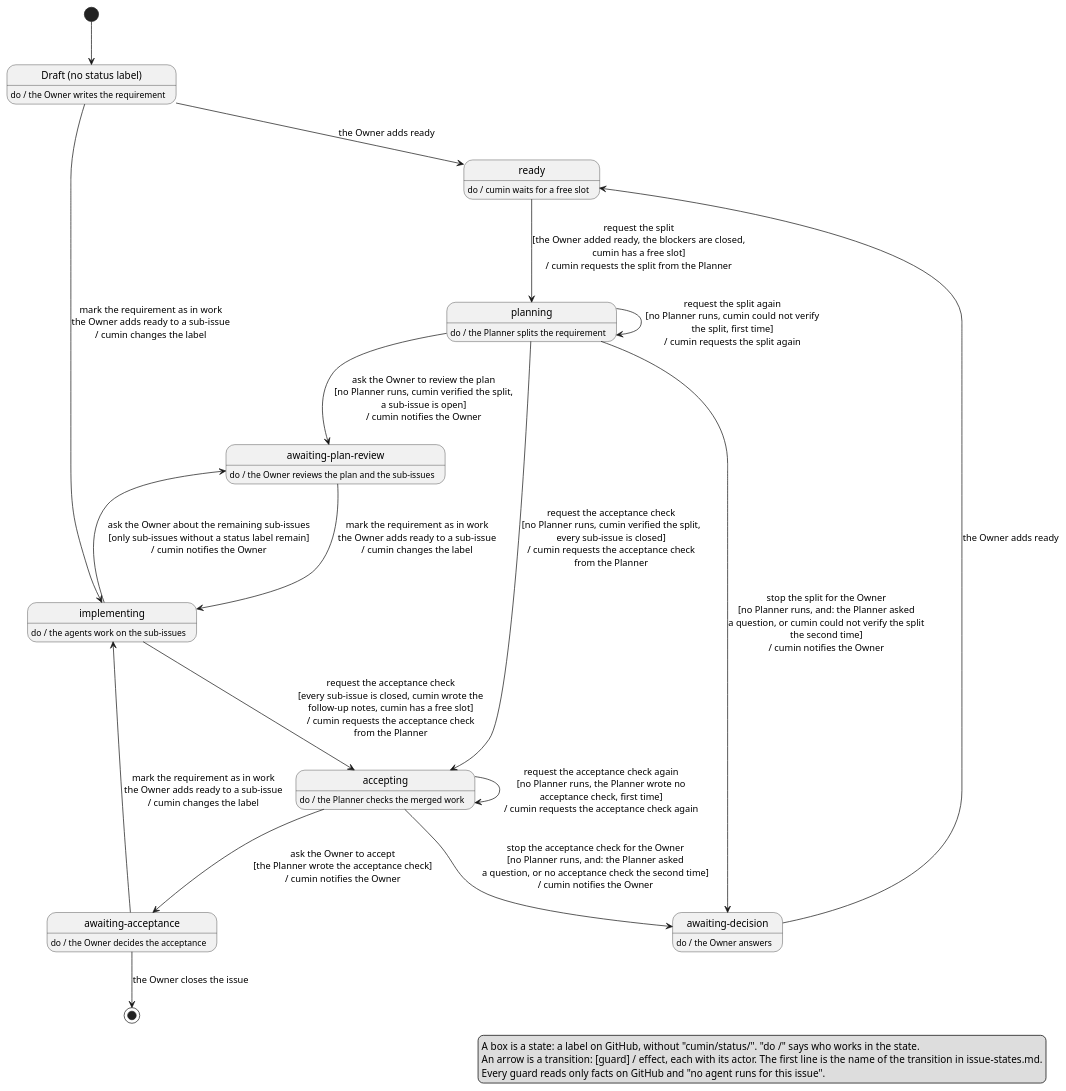
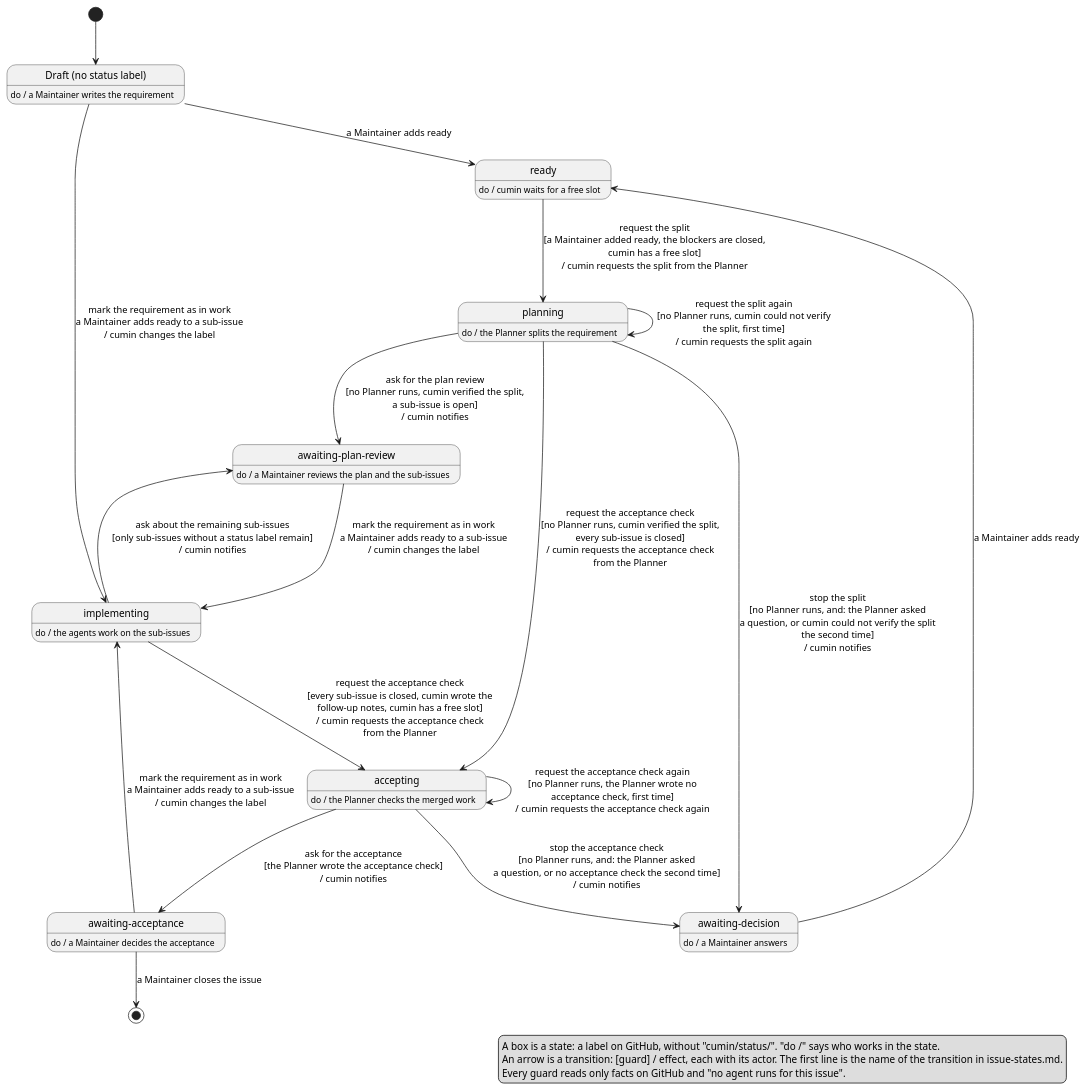
Before and after one commit to cloveclovedev/cumin-works: the diagram in docs/ja/requirements/workflow/requirement-issue-states.puml, drawn with PlantUML. The commit also changed 10 other files, not shown here.

```diff
--- a/docs/ja/requirements/workflow/requirement-issue-states.puml
+++ b/docs/ja/requirements/workflow/requirement-issue-states.puml
@@ -1,57 +1,57 @@
 @startuml requirement-issue-states
 ' cumin works - states of a requirement issue.
 ' A state is a label on GitHub, written without "cumin/status/". "do /" says who works in the state.
 ' A transition is written: [guard] / effect, with the name of the transition in front.
 ' Every guard and effect names who acts. Render: run scripts/render-diagrams.sh at the root of the repository.
 
 hide empty description
 
 state "Draft (no status label)" as Draft
-Draft : do / the Owner writes the requirement
+Draft : do / a Maintainer writes the requirement
 
 state "ready" as Ready
 Ready : do / cumin waits for a free slot
 
 state "planning" as Planning
 Planning : do / the Planner splits the requirement
 
 state "awaiting-plan-review" as PlanReview
-PlanReview : do / the Owner reviews the plan and the sub-issues
+PlanReview : do / a Maintainer reviews the plan and the sub-issues
 
 state "implementing" as Implementing
 Implementing : do / the agents work on the sub-issues
 
 state "accepting" as Accepting
 Accepting : do / the Planner checks the merged work
 
 state "awaiting-acceptance" as Acceptance
-Acceptance : do / the Owner decides the acceptance
+Acceptance : do / a Maintainer decides the acceptance
 
 state "awaiting-decision" as Decision
-Decision : do / the Owner answers
+Decision : do / a Maintainer answers
 
 [*] --> Draft
-Draft --> Ready : the Owner adds ready
-Draft --> Implementing : mark the requirement as in work\nthe Owner adds ready to a sub-issue\n/ cumin changes the label
-Ready --> Planning : request the split\n[the Owner added ready, the blockers are closed,\ncumin has a free slot]\n/ cumin requests the split from the Planner
-Planning --> PlanReview : ask the Owner to review the plan\n[no Planner runs, cumin verified the split,\na sub-issue is open]\n/ cumin notifies the Owner
+Draft --> Ready : a Maintainer adds ready
+Draft --> Implementing : mark the requirement as in work\na Maintainer adds ready to a sub-issue\n/ cumin changes the label
+Ready --> Planning : request the split\n[a Maintainer added ready, the blockers are closed,\ncumin has a free slot]\n/ cumin requests the split from the Planner
+Planning --> PlanReview : ask for the plan review\n[no Planner runs, cumin verified the split,\na sub-issue is open]\n/ cumin notifies
 Planning --> Accepting : request the acceptance check\n[no Planner runs, cumin verified the split,\nevery sub-issue is closed]\n/ cumin requests the acceptance check\nfrom the Planner
 Planning --> Planning : request the split again\n[no Planner runs, cumin could not verify\nthe split, first time]\n/ cumin requests the split again
-Planning --> Decision : stop the split for the Owner\n[no Planner runs, and: the Planner asked\na question, or cumin could not verify the split\nthe second time]\n/ cumin notifies the Owner
-PlanReview --> Implementing : mark the requirement as in work\nthe Owner adds ready to a sub-issue\n/ cumin changes the label
+Planning --> Decision : stop the split\n[no Planner runs, and: the Planner asked\na question, or cumin could not verify the split\nthe second time]\n/ cumin notifies
+PlanReview --> Implementing : mark the requirement as in work\na Maintainer adds ready to a sub-issue\n/ cumin changes the label
 Implementing --> Accepting : request the acceptance check\n[every sub-issue is closed, cumin wrote the\nfollow-up notes, cumin has a free slot]\n/ cumin requests the acceptance check\nfrom the Planner
-Implementing --> PlanReview : ask the Owner about the remaining sub-issues\n[only sub-issues without a status label remain]\n/ cumin notifies the Owner
-Accepting --> Acceptance : ask the Owner to accept\n[the Planner wrote the acceptance check]\n/ cumin notifies the Owner
+Implementing --> PlanReview : ask about the remaining sub-issues\n[only sub-issues without a status label remain]\n/ cumin notifies
+Accepting --> Acceptance : ask for the acceptance\n[the Planner wrote the acceptance check]\n/ cumin notifies
 Accepting --> Accepting : request the acceptance check again\n[no Planner runs, the Planner wrote no\nacceptance check, first time]\n/ cumin requests the acceptance check again
-Accepting --> Decision : stop the acceptance check for the Owner\n[no Planner runs, and: the Planner asked\na question, or no acceptance check the second time]\n/ cumin notifies the Owner
-Acceptance --> Implementing : mark the requirement as in work\nthe Owner adds ready to a sub-issue\n/ cumin changes the label
-Acceptance --> [*] : the Owner closes the issue
-Decision --> Ready : the Owner adds ready
+Accepting --> Decision : stop the acceptance check\n[no Planner runs, and: the Planner asked\na question, or no acceptance check the second time]\n/ cumin notifies
+Acceptance --> Implementing : mark the requirement as in work\na Maintainer adds ready to a sub-issue\n/ cumin changes the label
+Acceptance --> [*] : a Maintainer closes the issue
+Decision --> Ready : a Maintainer adds ready
 
 legend right
   A box is a state: a label on GitHub, without "cumin/status/". "do /" says who works in the state.
   An arrow is a transition: [guard] / effect, each with its actor. The first line is the name of the transition in issue-states.md.
   Every guard reads only facts on GitHub and "no agent runs for this issue".
 endlegend
 
 @enduml
```
